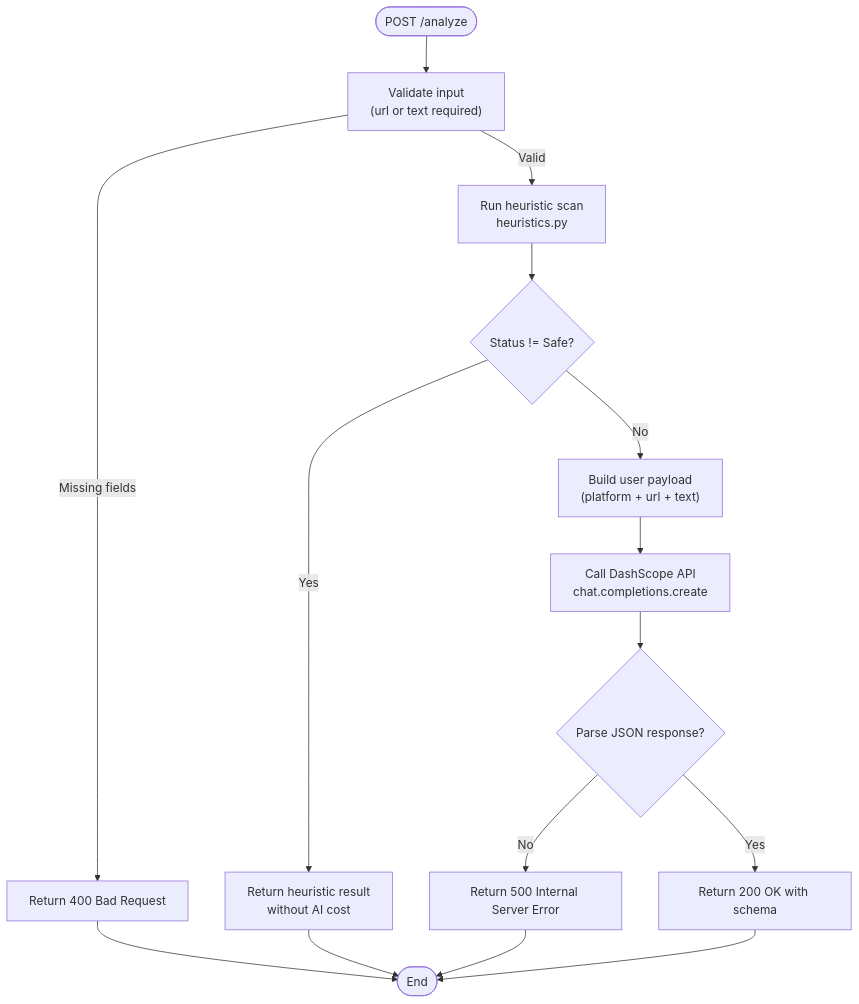
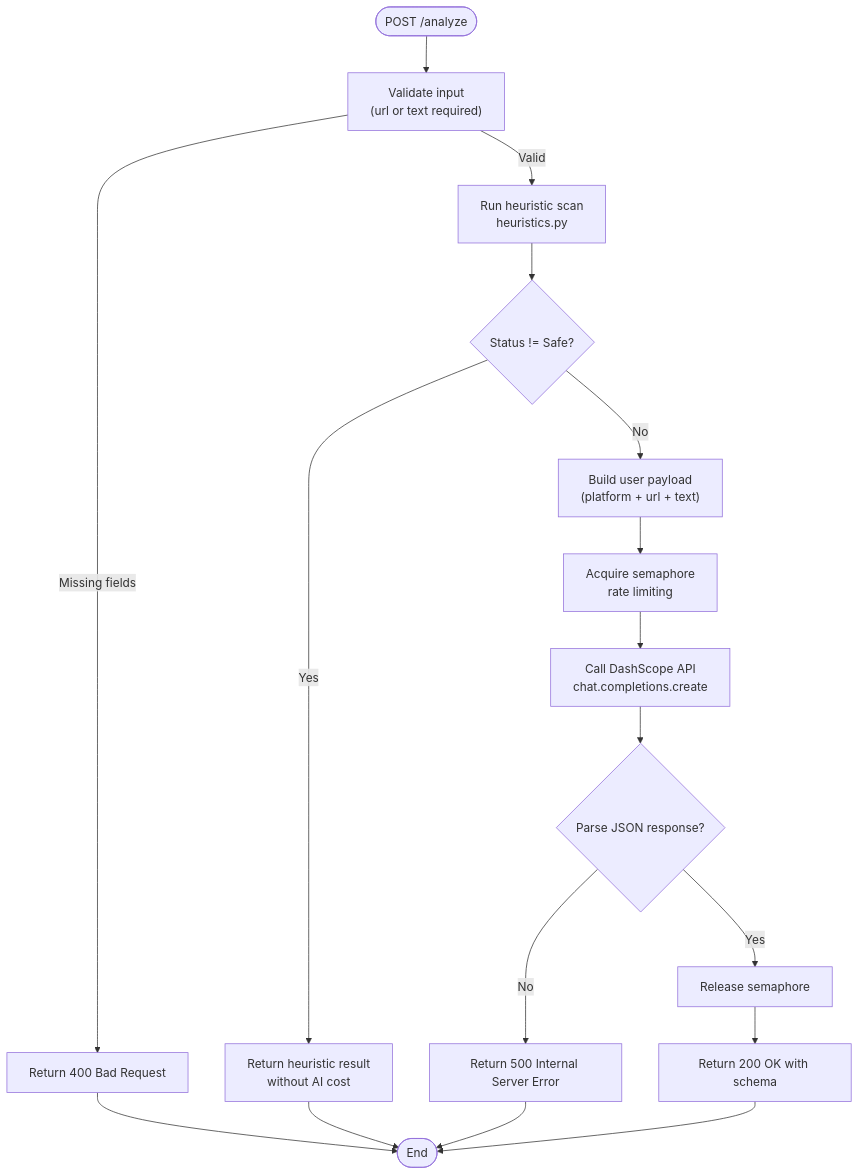
Before and after one commit to Aymanaahh/scrollguard-ai: the third of 5 diagrams in .qoder/repowiki/en/content/Backend API Documentation.md, drawn with Mermaid. The commit also changed other lines of this file and 18 other files, not shown here.

````diff
--- a/.qoder/repowiki/en/content/Backend API Documentation.md
+++ b/.qoder/repowiki/en/content/Backend API Documentation.md
@@ -210,17 +225,19 @@
 ```mermaid
 flowchart TD
 Start(["POST /analyze"]) --> Validate["Validate input<br/>(url or text required)"]
 Validate --> |Missing fields| Err400["Return 400 Bad Request"]
 Validate --> |Valid| Heuristic["Run heuristic scan<br/>heuristics.py"]
 Heuristic --> Check{"Status != Safe?"}
 Check --> |Yes| ReturnHeuristic["Return heuristic result<br/>without AI cost"]
 Check --> |No| BuildPrompt["Build user payload<br/>(platform + url + text)"]
-BuildPrompt --> CallLLM["Call DashScope API<br/>chat.completions.create"]
+BuildPrompt --> Semaphore["Acquire semaphore<br/>rate limiting"]
+Semaphore --> CallLLM["Call DashScope API<br/>chat.completions.create"]
 CallLLM --> Parse{"Parse JSON response?"}
 Parse --> |No| Err500["Return 500 Internal Server Error"]
-Parse --> |Yes| Return200["Return 200 OK with schema"]
+Parse --> |Yes| Release["Release semaphore"]
+Release --> Return200["Return 200 OK with schema"]
 Err400 --> End(["End"])
 Err500 --> End
 ReturnHeuristic --> End
 Return200 --> End
 ```
````
